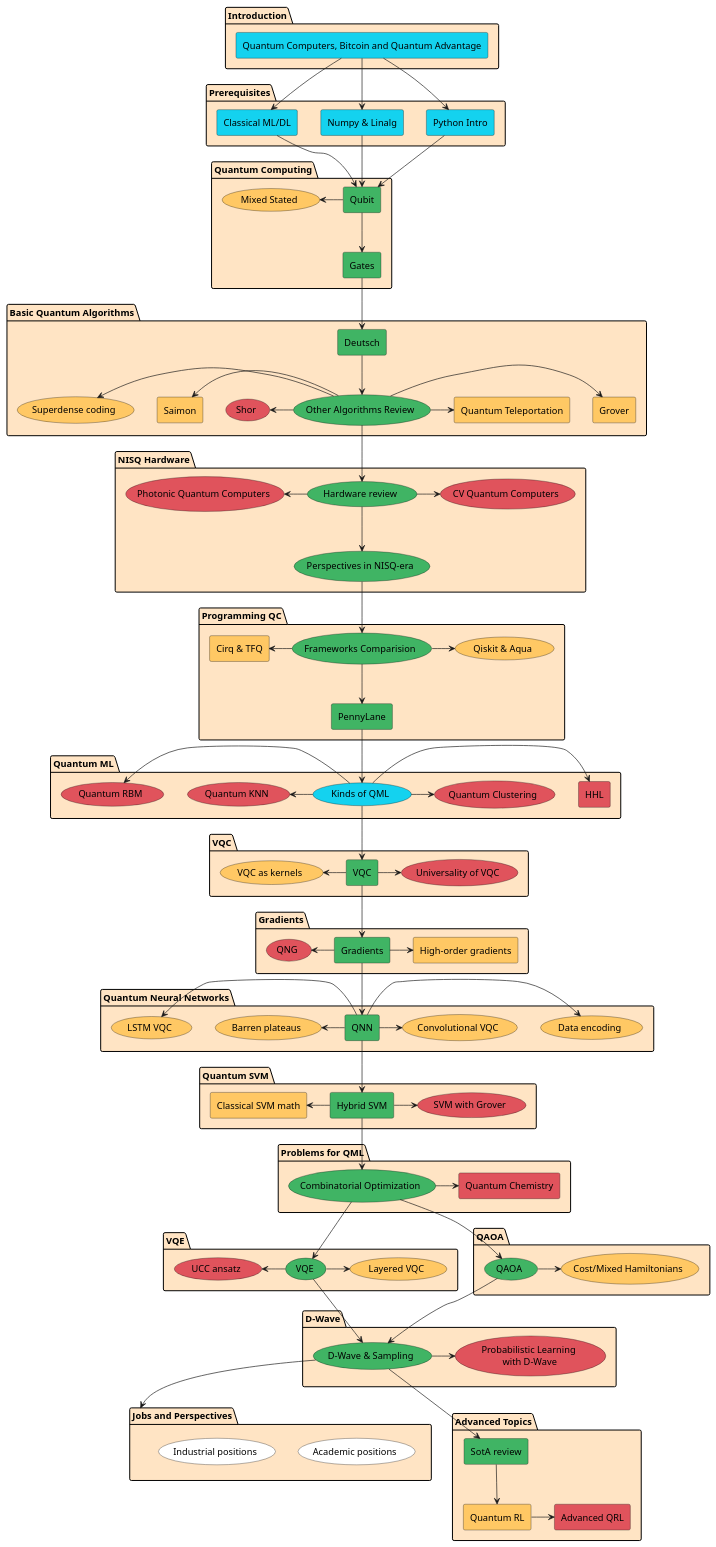
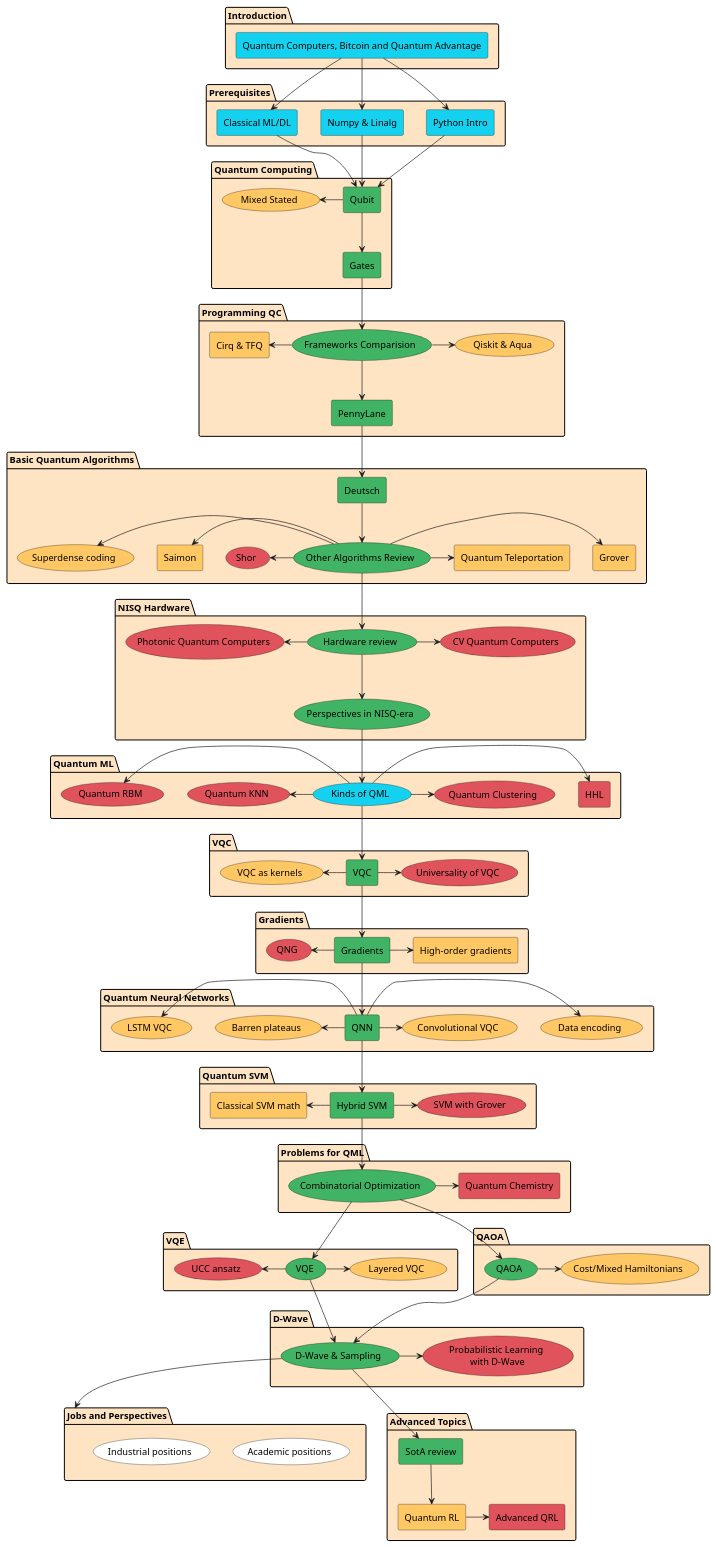
The diagram in _static/index/program.plantuml (patsko8a/qmlcourse), drawn with PlantUML before and after one commit. The commit also changed 214 other files, not shown here.

```diff
--- a/_static/index/program.plantuml
+++ b/_static/index/program.plantuml
@@ -1,182 +1,183 @@
 @startuml
 package "Introduction" #Bisque {
         rectangle "Quantum Computers, Bitcoin and Quantum Advantage" as intro1 #14D2EF
 }
 
 package "Prerequisites" #Bisque {
         rectangle "Python Intro" as python #14D2EF
         rectangle "Numpy & Linalg" as numpy #14D2EF
         rectangle "Classical ML/DL" as ml #14D2EF
 }
 
 package "Quantum Computing" as qci #Bisque {
         rectangle "Qubit" as qubit #40B464
         rectangle "Gates" as gates #40B464
         usecase "Mixed Stated" as mixed #FFC864
 }
 
 package "Basic Quantum Algorithms" as qalgo #Bisque {
         rectangle "Deutsch" as deutsch #40B464
         usecase "Other Algorithms Review" as advanced_algos #40B464
         rectangle "Grover" as grover #FFC864
         rectangle "Quantum Teleportation" as qtp #FFC864
         rectangle "Saimon" as saimon #FFC864
         usecase "Shor" as shor #E0535C
         usecase "Superdense coding" as superdense_coding #FFC864
 }
 
 package "NISQ Hardware" #Bisque {
         usecase "Hardware review" as review #40B464
         usecase "Perspectives in NISQ-era" as nisq #40B464
         usecase "Photonic Quantum Computers" as photonic #E0535C
         usecase "CV Quantum Computers" as cvq #E0535C
 }
 
 package "Programming QC" #Bisque {
         usecase "Frameworks Comparision" as progcomparision #40B464
         rectangle "PennyLane" as pennylane #40B464
         usecase "Qiskit & Aqua" as qiskit #FFC864
         rectangle "Cirq & TFQ" as cirq #FFC864
 }
 
 package "Quantum ML" #Bisque {
         usecase "Kinds of QML" as qml_general #14D2EF
         rectangle "HHL" as hhl #E0535C
         usecase "Quantum KNN" as qknn #E0535C
         usecase "Quantum Clustering" as qclustering #E0535C
         usecase "Quantum RBM" as qrbm #E0535C
 }
 
 package "VQC" #Bisque {
         rectangle "VQC" as vqc #40B464
         usecase "VQC as kernels" as kernelvqc #FFC864
         usecase "Universality of VQC" as univvqc #E0535C
 }
 
 package "Gradients" #Bisque {
         rectangle "Gradients" as grad #40B464
         rectangle "High-order gradients" as hograd #FFC864
         usecase "QNG" as qng #E0535C
 }
 
 package "Quantum Neural Networks" #Bisque {
         rectangle "QNN" as qnn #40B464
         usecase "Barren plateaus" as barren #FFC864
         usecase "Data encoding" as encoding #FFC864
         usecase "Convolutional VQC" as convvqc #FFC864
         usecase "LSTM VQC" as lstm #FFC864
 }
 
 package "Quantum SVM" #Bisque {
         rectangle "Hybrid SVM" as hsvm #40B464
         rectangle "Classical SVM math" as csvm #FFC864
         usecase "SVM with Grover" as gsvm #E0535C
 }
 
 package "Problems for QML" #Bisque {
         usecase "Combinatorial Optimization" as copt #40B464
         rectangle "Quantum Chemistry" as qchem #E0535C
 }
 
 package "VQE" #Bisque {
         usecase "VQE" as vqe #40B464
         usecase "Layered VQC" as lvqe #FFC864
         usecase "UCC ansatz" as uuc #E0535C
 }
 
 package "QAOA" #Bisque {
         usecase "QAOA" as qaoa #40B464
         usecase "Cost/Mixed Hamiltonians" as hams #FFC864
 }
 
 package "D-Wave" #Bisque {
         usecase "D-Wave & Sampling" as dwave #40B464
         usecase "Probabilistic Learning\n with D-Wave" as probml #E0535C
 }
 
 package "Jobs and Perspectives" as jobs #Bisque {
         usecase "Academic positions" as academic #White
         usecase "Industrial positions" as industrial #White
 }
 
 package "Advanced Topics" as adv #Bisque {
         rectangle "SotA review" as sota #40B464
         rectangle "Quantum RL" as qrl #FFC864
         rectangle "Advanced QRL" as aqrl #E0535C
 }
 
 intro1 --> python
 intro1 --> numpy
 intro1 --> ml
 
 python --> qubit
 numpy --> qubit
 ml --> qubit
 
 qubit --> gates
 mixed <- qubit
-gates --> deutsch
+
+gates --> progcomparision
+progcomparision --> pennylane
+cirq <- progcomparision
+progcomparision -> qiskit
+
+pennylane --> deutsch
 
 deutsch --> advanced_algos
 advanced_algos -> grover
 shor <- advanced_algos
 advanced_algos -> qtp
 saimon <- advanced_algos
 superdense_coding <- advanced_algos
 
 advanced_algos --> review
 review --> nisq
 photonic <- review
 review -> cvq
 
-nisq --> progcomparision
-progcomparision --> pennylane
-cirq <- progcomparision
-progcomparision -> qiskit
-
-pennylane --> qml_general
+nisq --> qml_general
 
 qml_general -> hhl
 qknn <- qml_general
 qml_general -> qclustering
 qrbm <- qml_general
 
 qml_general --> vqc
 kernelvqc <- vqc
 vqc -> univvqc
 
 vqc --> grad
 qng <- grad
 grad -> hograd
 
 grad --> qnn
 barren <- qnn
 qnn -> encoding
 lstm <- qnn
 qnn -> convvqc
 
 qnn --> hsvm
 csvm <- hsvm
 hsvm -> gsvm
 
 hsvm --> copt
 copt -> qchem
 
 copt --> vqe
 uuc <- vqe
 vqe -> lvqe
 
 copt --> qaoa
 qaoa -> hams
 
 qaoa --> dwave
 vqe --> dwave
 dwave -> probml
 
 dwave --> jobs
 
 dwave --> sota
 sota --> qrl
 qrl -> aqrl
 
 @enduml
```
